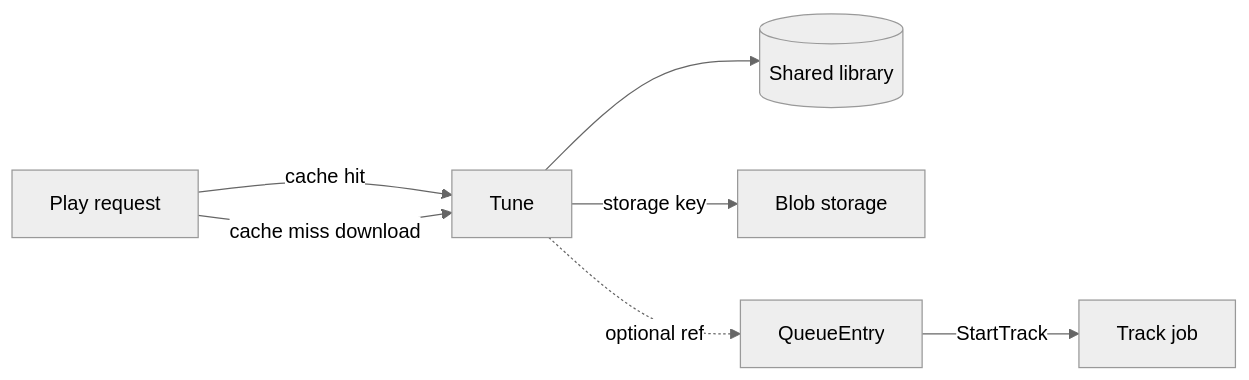
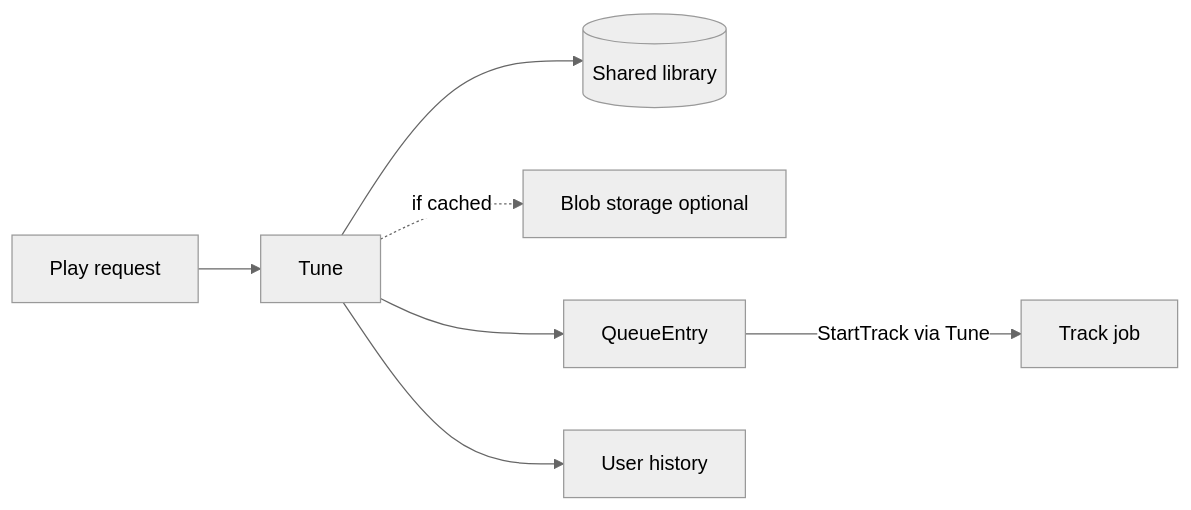
One commit to Bardie-radio/bardie-kithara changed the diagram in docs/architecture/domains/library-and-tunes.md. Above: the diagram before and after it, drawn with Mermaid (neutral theme). The commit also changed other lines of this file and 28 other files, not shown here.

````diff
--- a/docs/architecture/domains/library-and-tunes.md
+++ b/docs/architecture/domains/library-and-tunes.md
@@ -5,15 +5,16 @@
 ```mermaid
 flowchart LR
   Play[Play request]
   Lib[(Shared library)]
   Tune[Tune]
-  Store[Blob storage]
+  Store[Blob storage optional]
   Queue[QueueEntry]
+  History[User history]
   Job[Track job]
-  Play -->|cache hit| Tune
-  Play -->|cache miss download| Tune
-  Tune -->|storage key| Store
+  Play --> Tune
   Tune --> Lib
-  Tune -.->|optional ref| Queue
-  Queue -->|StartTrack| Job
+  Tune -.->|if cached| Store
+  Tune --> Queue
+  Tune --> History
+  Queue -->|StartTrack via Tune| Job
 ```
````
